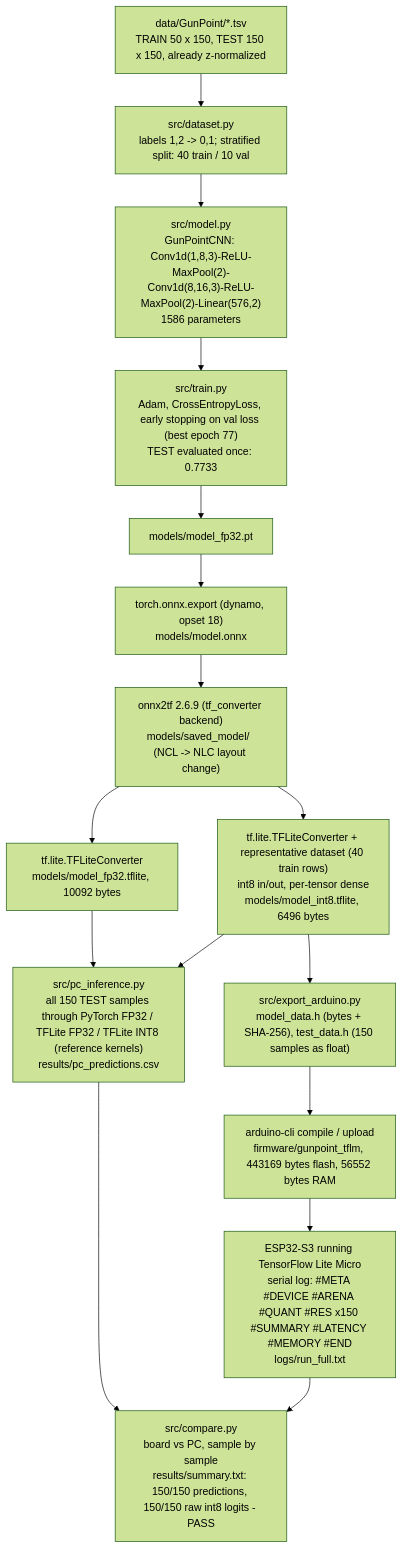
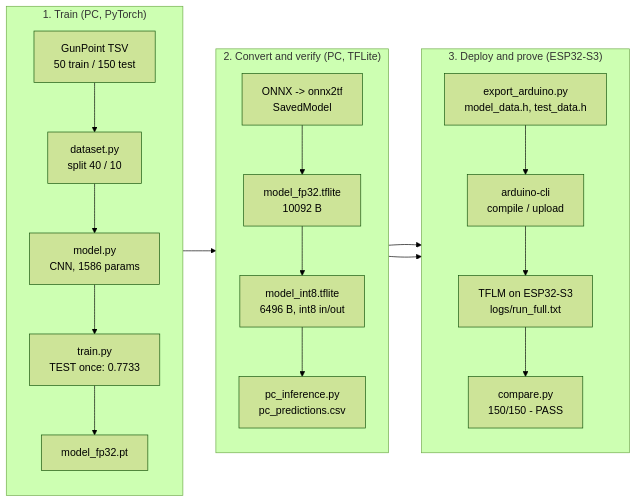
The first of 2 diagrams in README.md (ubaidur404786/edge32_gunpoint), drawn with Mermaid (forest theme) before and after one commit. The commit also changed other lines of this file, not shown here.

Commit message:
README: compact multi-column architecture diagrams

````diff
--- a/README.md
+++ b/README.md
@@ -30,23 +30,25 @@
 ```mermaid
-flowchart TD
-    A["data/GunPoint/*.tsv<br/>TRAIN 50 x 150, TEST 150 x 150, already z-normalized"]
-    B["src/dataset.py<br/>labels 1,2 -> 0,1; stratified split: 40 train / 10 val"]
-    C["src/model.py<br/>GunPointCNN: Conv1d(1,8,3)-ReLU-MaxPool(2)-Conv1d(8,16,3)-ReLU-MaxPool(2)-Linear(576,2)<br/>1586 parameters"]
-    D["src/train.py<br/>Adam, CrossEntropyLoss, early stopping on val loss (best epoch 77)<br/>TEST evaluated once: 0.7733"]
-    E["models/model_fp32.pt"]
-    F["torch.onnx.export (dynamo, opset 18)<br/>models/model.onnx"]
-    G["onnx2tf 2.6.9 (tf_converter backend)<br/>models/saved_model/  (NCL -> NLC layout change)"]
-    H["tf.lite.TFLiteConverter<br/>models/model_fp32.tflite, 10092 bytes"]
-    I["tf.lite.TFLiteConverter + representative dataset (40 train rows)<br/>int8 in/out, per-tensor dense<br/>models/model_int8.tflite, 6496 bytes"]
-    J["src/pc_inference.py<br/>all 150 TEST samples through PyTorch FP32 / TFLite FP32 / TFLite INT8 (reference kernels)<br/>results/pc_predictions.csv"]
-    K["src/export_arduino.py<br/>model_data.h (bytes + SHA-256), test_data.h (150 samples as float)"]
-    L["arduino-cli compile / upload<br/>firmware/gunpoint_tflm, 443169 bytes flash, 56552 bytes RAM"]
-    M["ESP32-S3 running TensorFlow Lite Micro<br/>serial log: #META #DEVICE #ARENA #QUANT #RES x150 #SUMMARY #LATENCY #MEMORY #END<br/>logs/run_full.txt"]
-    N["src/compare.py<br/>board vs PC, sample by sample<br/>results/summary.txt: 150/150 predictions, 150/150 raw int8 logits - PASS"]
-
-    A --> B --> C --> D --> E --> F --> G
-    G --> H --> J
-    G --> I --> J
-    I --> K --> L --> M --> N
-    J --> N
+flowchart LR
+    subgraph P1["1. Train  (PC, PyTorch)"]
+        direction TB
+        A["GunPoint TSV<br/>50 train / 150 test"] --> B["dataset.py<br/>split 40 / 10"]
+        B --> C["model.py<br/>CNN, 1586 params"]
+        C --> D["train.py<br/>TEST once: 0.7733"]
+        D --> E["model_fp32.pt"]
+    end
+    subgraph P2["2. Convert and verify  (PC, TFLite)"]
+        direction TB
+        F["ONNX -> onnx2tf<br/>SavedModel"] --> G["model_fp32.tflite<br/>10092 B"]
+        G --> H["model_int8.tflite<br/>6496 B, int8 in/out"]
+        H --> I["pc_inference.py<br/>pc_predictions.csv"]
+    end
+    subgraph P3["3. Deploy and prove  (ESP32-S3)"]
+        direction TB
+        J["export_arduino.py<br/>model_data.h, test_data.h"] --> K["arduino-cli<br/>compile / upload"]
+        K --> L["TFLM on ESP32-S3<br/>logs/run_full.txt"]
+        L --> M["compare.py<br/>150/150 - PASS"]
+    end
+    E --> F
+    H --> J
+    I --> M
 ```
````
